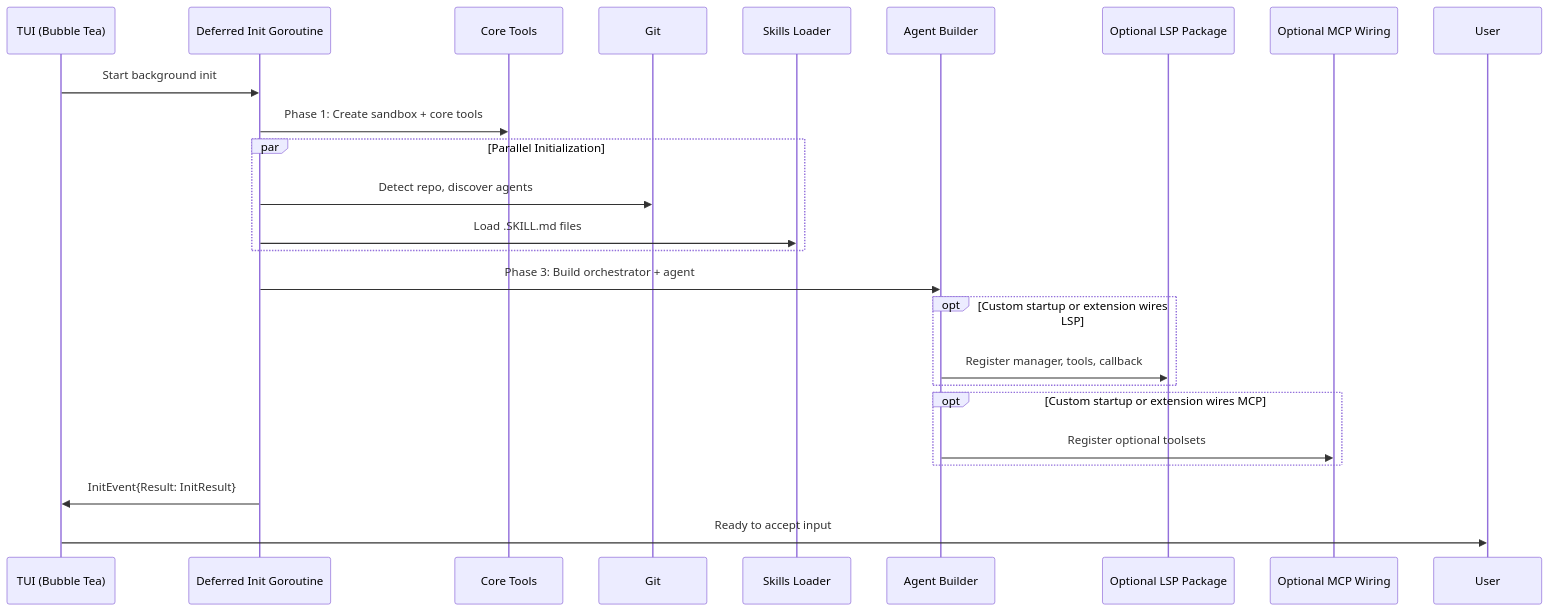
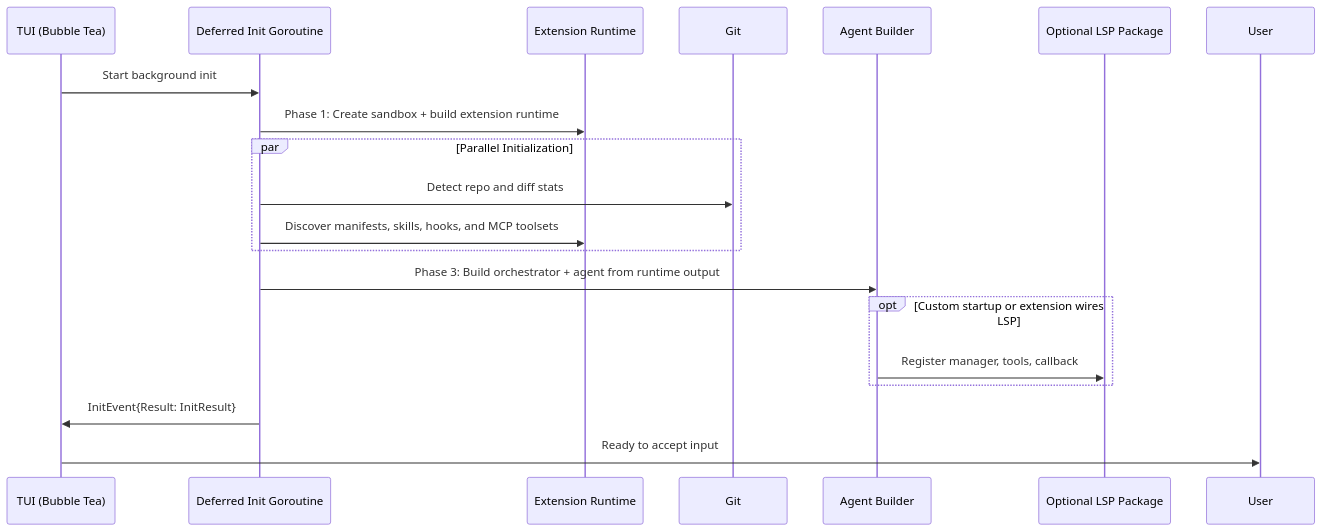
Before and after one commit to Pizzaface/pi-go: the eighth of 12 diagrams in ARCHITECTURE.md, drawn with Mermaid. The commit also changed other lines of this file and 12 other files, not shown here.

Commit message:
feat: add manifest-driven extension runtime

````diff
--- a/ARCHITECTURE.md
+++ b/ARCHITECTURE.md
@@ -376,27 +400,22 @@
 ```mermaid
 sequenceDiagram
     participant TUI as TUI (Bubble Tea)
     participant Init as Deferred Init Goroutine
-    participant Tools as Core Tools
+    participant Runtime as Extension Runtime
     participant Git as Git
-    participant Skills as Skills Loader
     participant Agent as Agent Builder
     participant LSP as Optional LSP Package
-    participant MCP as Optional MCP Wiring
 
     TUI->>Init: Start background init
-    Init->>Tools: Phase 1: Create sandbox + core tools
+    Init->>Runtime: Phase 1: Create sandbox + build extension runtime
     par Parallel Initialization
-        Init->>Git: Detect repo, discover agents
-        Init->>Skills: Load .SKILL.md files
+        Init->>Git: Detect repo and diff stats
+        Init->>Runtime: Discover manifests, skills, hooks, and MCP toolsets
     end
-    Init->>Agent: Phase 3: Build orchestrator + agent
+    Init->>Agent: Phase 3: Build orchestrator + agent from runtime output
     opt Custom startup or extension wires LSP
         Agent->>LSP: Register manager, tools, callback
-    end
-    opt Custom startup or extension wires MCP
-        Agent->>MCP: Register optional toolsets
     end
     Init->>TUI: InitEvent{Result: InitResult}
     TUI->>User: Ready to accept input
 ```
````
